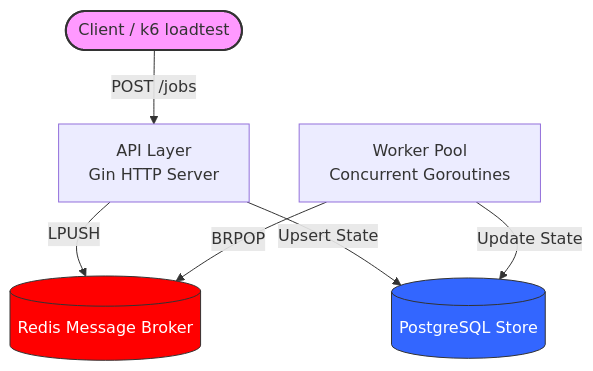
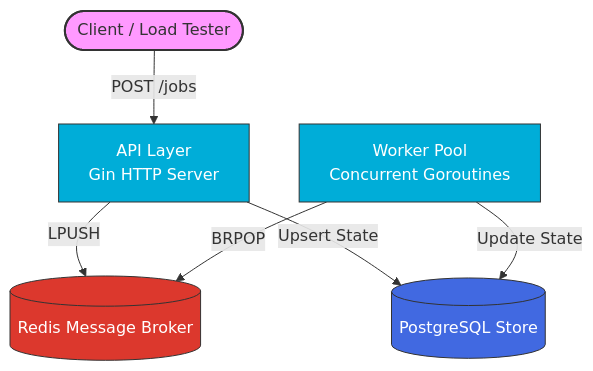
One commit to ishaanjain1507/taskqueue changed the diagram in README.md. Above: the diagram before and after it, drawn with Mermaid. The commit also changed other lines of this file and 6 other files, not shown here.

````diff
--- a/README.md
+++ b/README.md
@@ -7,18 +38,20 @@
 ```mermaid
 graph TD
-    Client([Client / k6 loadtest])
+    Client([Client / Load Tester])
     API[API Layer<br>Gin HTTP Server]
     Redis[(Redis Message Broker)]
     Workers[Worker Pool<br>Concurrent Goroutines]
     DB[(PostgreSQL Store)]
 
     Client -- POST /jobs --> API
     API -- LPUSH --> Redis
     API -- Upsert State --> DB
     Workers -- BRPOP --> Redis
     Workers -- Update State --> DB
 
     style Client fill:#f9f,stroke:#333,stroke-width:2px
-    style Redis fill:#f00,stroke:#333,color:#fff
-    style DB fill:#3366ff,stroke:#333,color:#fff
+    style Redis fill:#DC382D,stroke:#333,color:#fff
+    style DB fill:#4169E1,stroke:#333,color:#fff
+    style API fill:#00ADD8,stroke:#333,color:#fff
+    style Workers fill:#00ADD8,stroke:#333,color:#fff
 ```
````
